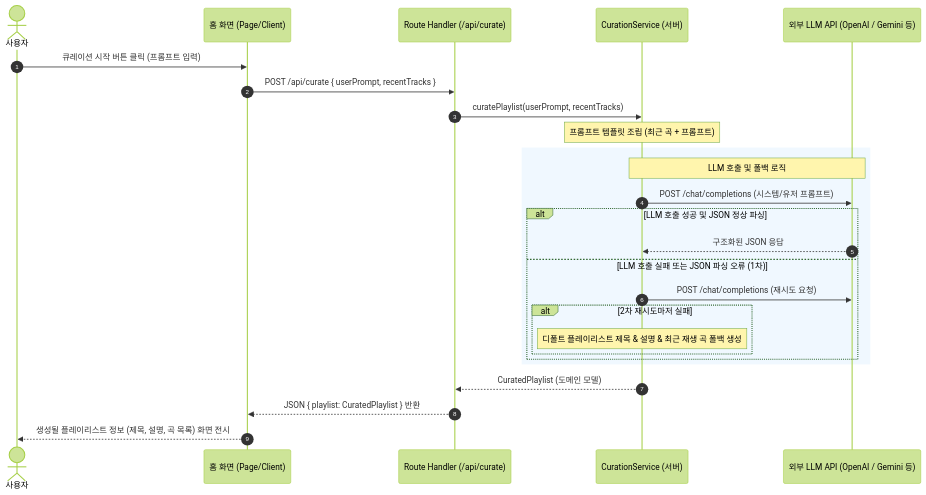
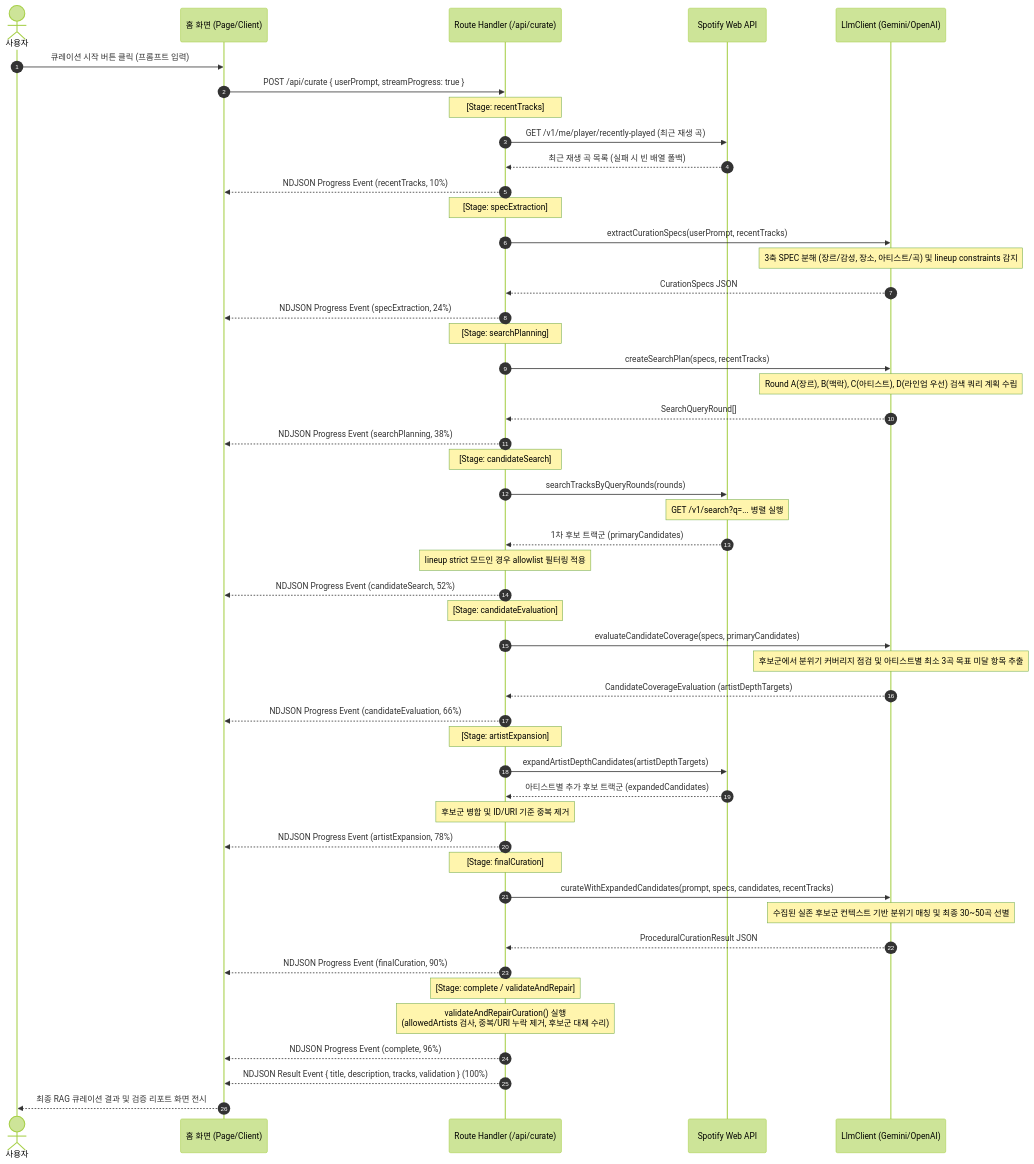
The diagram in aidlc-docs/construction/u-004-curation-llm/functional-design/business-logic-model.md (dlhwang/spotify_ai_playlist_curator), drawn with Mermaid (forest theme) before and after one commit. The commit also changed other lines of this file and 23 other files, not shown here.

First line of the commit message:
feat(curation): implement procedural RAG curation pipeline and align specs

````diff
--- a/aidlc-docs/construction/u-004-curation-llm/functional-design/business-logic-model.md
+++ b/aidlc-docs/construction/u-004-curation-llm/functional-design/business-logic-model.md
@@ -9,32 +9,61 @@
 ```mermaid
 sequenceDiagram
     autonumber
     actor User as 사용자
     participant Home as 홈 화면 (Page/Client)
     participant Handler as Route Handler (/api/curate)
-    participant Curation as CurationService (서버)
-    participant LLM as 외부 LLM API (OpenAI / Gemini 등)
+    participant Spotify as Spotify Web API
+    participant LLM as LlmClient (Gemini/OpenAI)
 
     User->>Home: 큐레이션 시작 버튼 클릭 (프롬프트 입력)
-    Home->>Handler: POST /api/curate { userPrompt, recentTracks }
-    
-    Handler->>Curation: curatePlaylist(userPrompt, recentTracks)
-    note over Curation: 프롬프트 템플릿 조립 (최근 곡 + 프롬프트)
-    
-    rect rgb(240, 248, 255)
-        note over Curation, LLM: LLM 호출 및 폴백 로직
-        Curation->>LLM: POST /chat/completions (시스템/유저 프롬프트)
-        alt LLM 호출 성공 및 JSON 정상 파싱
-            LLM-->>Curation: 구조화된 JSON 응답
-        else LLM 호출 실패 또는 JSON 파싱 오류 (1차)
-            Curation->>LLM: POST /chat/completions (재시도 요청)
-            alt 2차 재시도마저 실패
-                note over Curation: 디폴트 플레이리스트 제목 & 설명 & 최근 재생 곡 폴백 생성
-            end
-        end
-    end
+    Home->>Handler: POST /api/curate { userPrompt, streamProgress: true }
 
-    Curation-->>Handler: CuratedPlaylist (도메인 모델)
-    Handler-->>Home: JSON { playlist: CuratedPlaylist } 반환
-    Home-->>User: 생성될 플레이리스트 정보 (제목, 설명, 곡 목록) 화면 전시
+    Note over Handler: [Stage: recentTracks]
+    Handler->>Spotify: GET /v1/me/player/recently-played (최근 재생 곡)
+    Spotify-->>Handler: 최근 재생 곡 목록 (실패 시 빈 배열 폴백)
+    Handler-->>Home: NDJSON Progress Event (recentTracks, 10%)
+
+    Note over Handler: [Stage: specExtraction]
+    Handler->>LLM: extractCurationSpecs(userPrompt, recentTracks)
+    Note over LLM: 3축 SPEC 분해 (장르/감성, 장소, 아티스트/곡) 및 lineup constraints 감지
+    LLM-->>Handler: CurationSpecs JSON
+    Handler-->>Home: NDJSON Progress Event (specExtraction, 24%)
+
+    Note over Handler: [Stage: searchPlanning]
+    Handler->>LLM: createSearchPlan(specs, recentTracks)
+    Note over LLM: Round A(장르), B(맥락), C(아티스트), D(라인업 우선) 검색 쿼리 계획 수립
+    LLM-->>Handler: SearchQueryRound[]
+    Handler-->>Home: NDJSON Progress Event (searchPlanning, 38%)
+
+    Note over Handler: [Stage: candidateSearch]
+    Handler->>Spotify: searchTracksByQueryRounds(rounds)
+    Note over Spotify: GET /v1/search?q=... 병렬 실행
+    Spotify-->>Handler: 1차 후보 트랙군 (primaryCandidates)
+    Note over Handler: lineup strict 모드인 경우 allowlist 필터링 적용
+    Handler-->>Home: NDJSON Progress Event (candidateSearch, 52%)
+
+    Note over Handler: [Stage: candidateEvaluation]
+    Handler->>LLM: evaluateCandidateCoverage(specs, primaryCandidates)
+    Note over LLM: 후보군에서 분위기 커버리지 점검 및 아티스트별 최소 3곡 목표 미달 항목 추출
+    LLM-->>Handler: CandidateCoverageEvaluation (artistDepthTargets)
+    Handler-->>Home: NDJSON Progress Event (candidateEvaluation, 66%)
+
+    Note over Handler: [Stage: artistExpansion]
+    Handler->>Spotify: expandArtistDepthCandidates(artistDepthTargets)
+    Spotify-->>Handler: 아티스트별 추가 후보 트랙군 (expandedCandidates)
+    Note over Handler: 후보군 병합 및 ID/URI 기준 중복 제거
+    Handler-->>Home: NDJSON Progress Event (artistExpansion, 78%)
+
+    Note over Handler: [Stage: finalCuration]
+    Handler->>LLM: curateWithExpandedCandidates(prompt, specs, candidates, recentTracks)
+    Note over LLM: 수집된 실존 후보군 컨텍스트 기반 분위기 매칭 및 최종 30~50곡 선별
+    LLM-->>Handler: ProceduralCurationResult JSON
+    Handler-->>Home: NDJSON Progress Event (finalCuration, 90%)
+
+    Note over Handler: [Stage: complete / validateAndRepair]
+    Note over Handler: validateAndRepairCuration() 실행<br/>(allowedArtists 검사, 중복/URI 누락 제거, 후보군 대체 수리)
+    Handler-->>Home: NDJSON Progress Event (complete, 96%)
+
+    Handler-->>Home: NDJSON Result Event { title, description, tracks, validation } (100%)
+    Home-->>User: 최종 RAG 큐레이션 결과 및 검증 리포트 화면 전시
 ```
````
